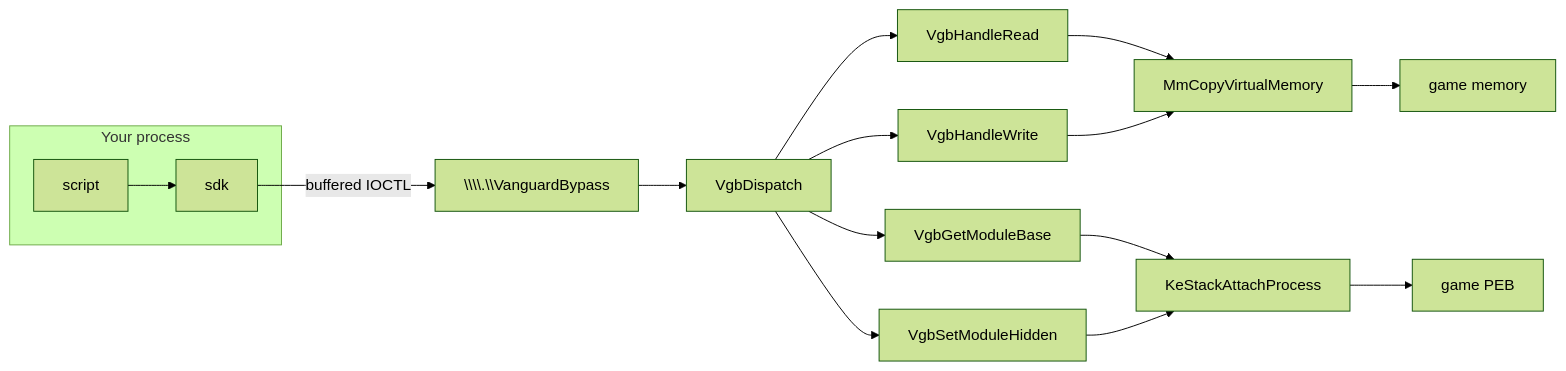
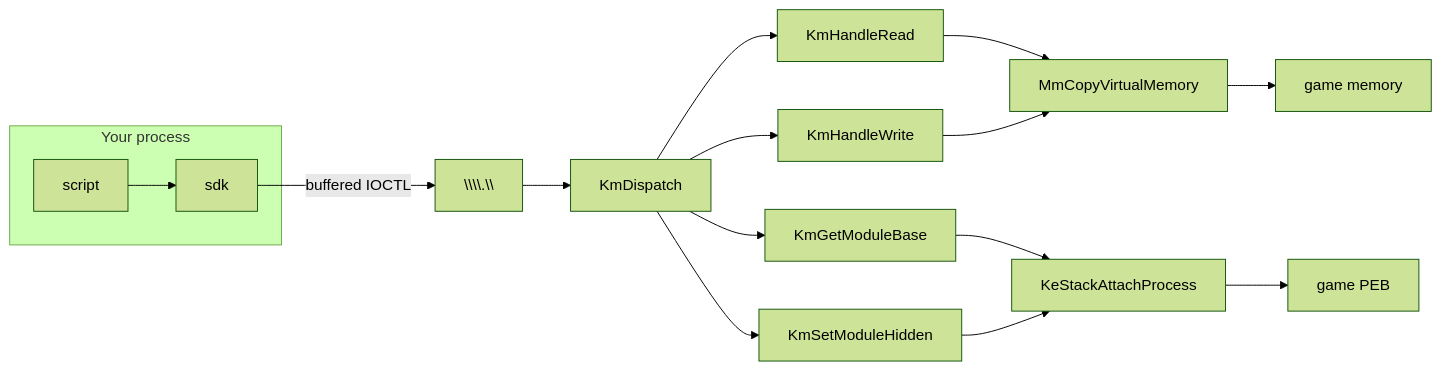
The seventh of 7 diagrams in docs/component-flows.md (0xMALVEE/kernmem), drawn with Mermaid (forest theme) before and after one commit. The commit also changed other lines of this file and 919 other files, not shown here.

````diff
--- a/docs/component-flows.md
+++ b/docs/component-flows.md
@@ -191,18 +191,18 @@
 ```mermaid
 flowchart LR
     subgraph USER["Your process"]
         S["script"] --> SD["sdk"]
     end
-    SD -->|"buffered IOCTL"| DV["\\\\.\\VanguardBypass"]
-    DV --> DISP["VgbDispatch"]
-    DISP --> R["VgbHandleRead"]
-    DISP --> W["VgbHandleWrite"]
-    DISP --> MB["VgbGetModuleBase"]
-    DISP --> HD["VgbSetModuleHidden"]
+    SD -->|"buffered IOCTL"| DV["\\\\.\\<random>"]
+    DV --> DISP["KmDispatch"]
+    DISP --> R["KmHandleRead"]
+    DISP --> W["KmHandleWrite"]
+    DISP --> MB["KmGetModuleBase"]
+    DISP --> HD["KmSetModuleHidden"]
     R --> CP["MmCopyVirtualMemory"]
     W --> CP
     MB --> AT["KeStackAttachProcess"]
     HD --> AT
     CP --> GM["game memory"]
     AT --> PEB["game PEB"]
 ```
````
